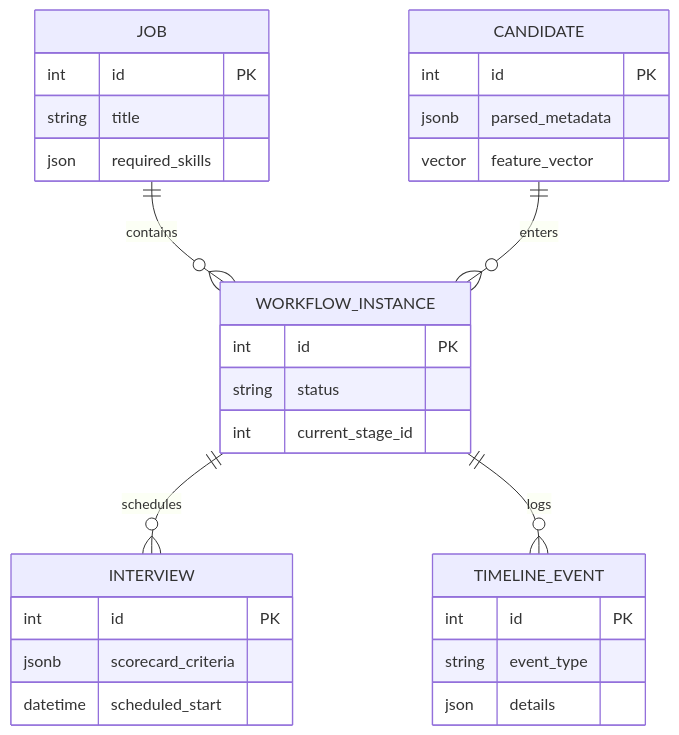
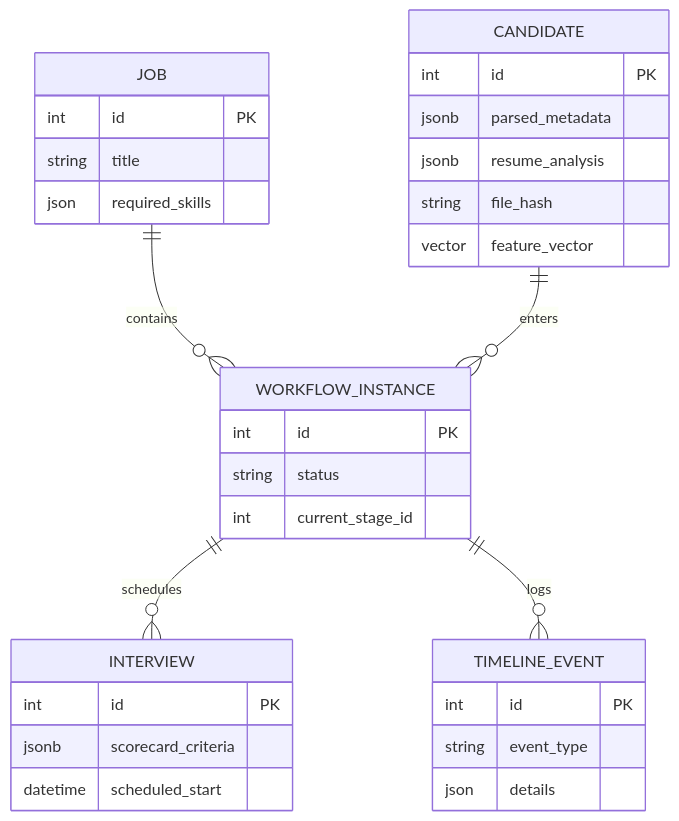
The diagram in docs/05_BACKEND_SCHEMA.md (vanshbahl/resume-screener), drawn with Mermaid before and after one commit. The commit also changed other lines of this file and 33 other files, not shown here.

````diff
--- a/docs/05_BACKEND_SCHEMA.md
+++ b/docs/05_BACKEND_SCHEMA.md
@@ -34,37 +34,39 @@
 ```mermaid
 erDiagram
     JOB ||--o{ WORKFLOW_INSTANCE : "contains"
     CANDIDATE ||--o{ WORKFLOW_INSTANCE : "enters"
     WORKFLOW_INSTANCE ||--o{ INTERVIEW : "schedules"
     WORKFLOW_INSTANCE ||--o{ TIMELINE_EVENT : "logs"
 
     JOB {
         int id PK
         string title
         json required_skills
     }
 
     CANDIDATE {
         int id PK
         jsonb parsed_metadata
+        jsonb resume_analysis
+        string file_hash
         vector feature_vector
     }
     
     WORKFLOW_INSTANCE {
         int id PK
         string status
         int current_stage_id
     }
     
     INTERVIEW {
         int id PK
         jsonb scorecard_criteria
         datetime scheduled_start
     }
     
     TIMELINE_EVENT {
         int id PK
         string event_type
         json details
     }
 ```
````
